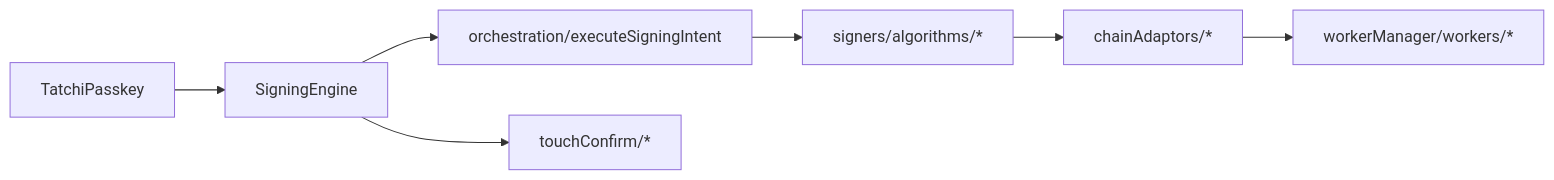
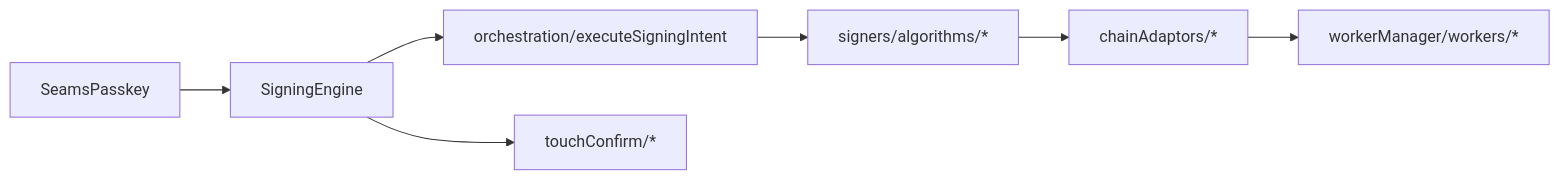
The first of 3 diagrams in client/src/core/signingEngine/README.md (seams-tech/seams-sdk), drawn with Mermaid before and after one commit. The commit also changed 714 other files, not shown here.

````diff
--- a/client/src/core/signingEngine/README.md
+++ b/client/src/core/signingEngine/README.md
@@ -37,9 +37,9 @@
 ```mermaid
 flowchart LR
-  TP["TatchiPasskey"] --> SE["SigningEngine"]
+  TP["SeamsPasskey"] --> SE["SigningEngine"]
   SE --> ORCH["orchestration/executeSigningIntent"]
   ORCH --> ENG["signers/algorithms/*"]
   ENG --> CHAINS["chainAdaptors/*"]
   SE --> SC["touchConfirm/*"]
   CHAINS --> WORKERS["workerManager/workers/*"]
 ```
````
